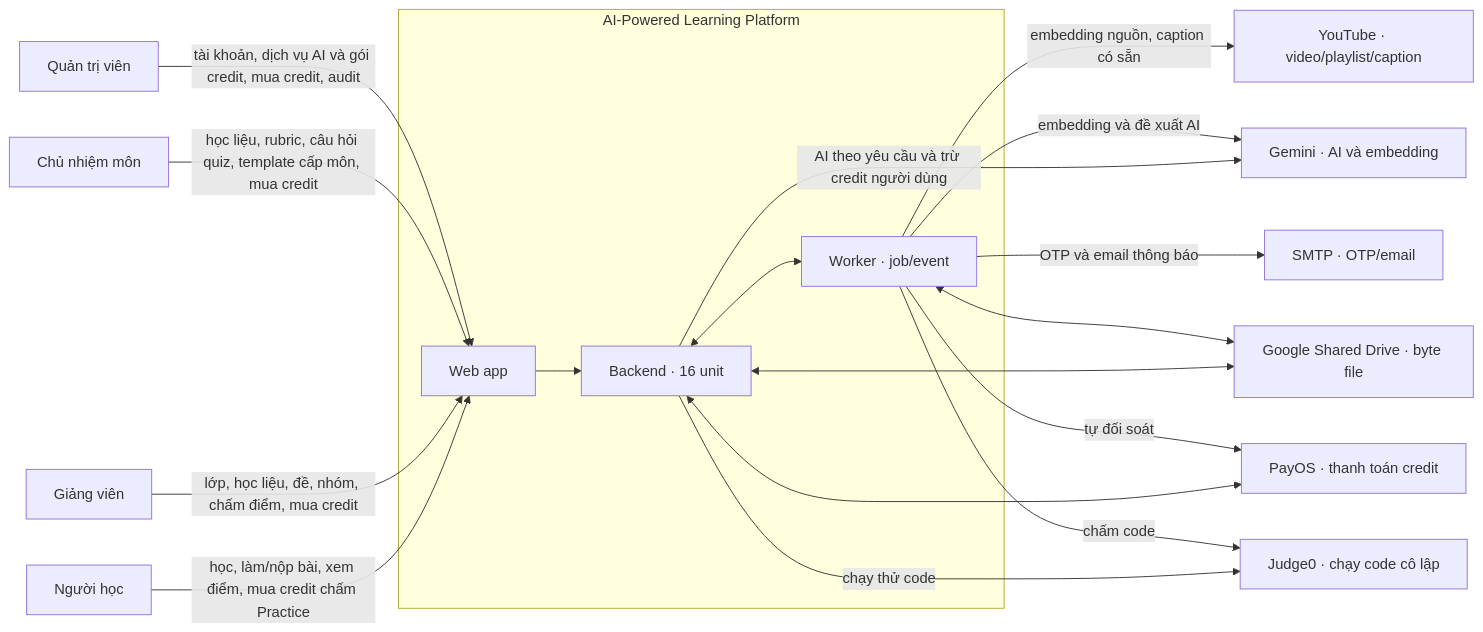
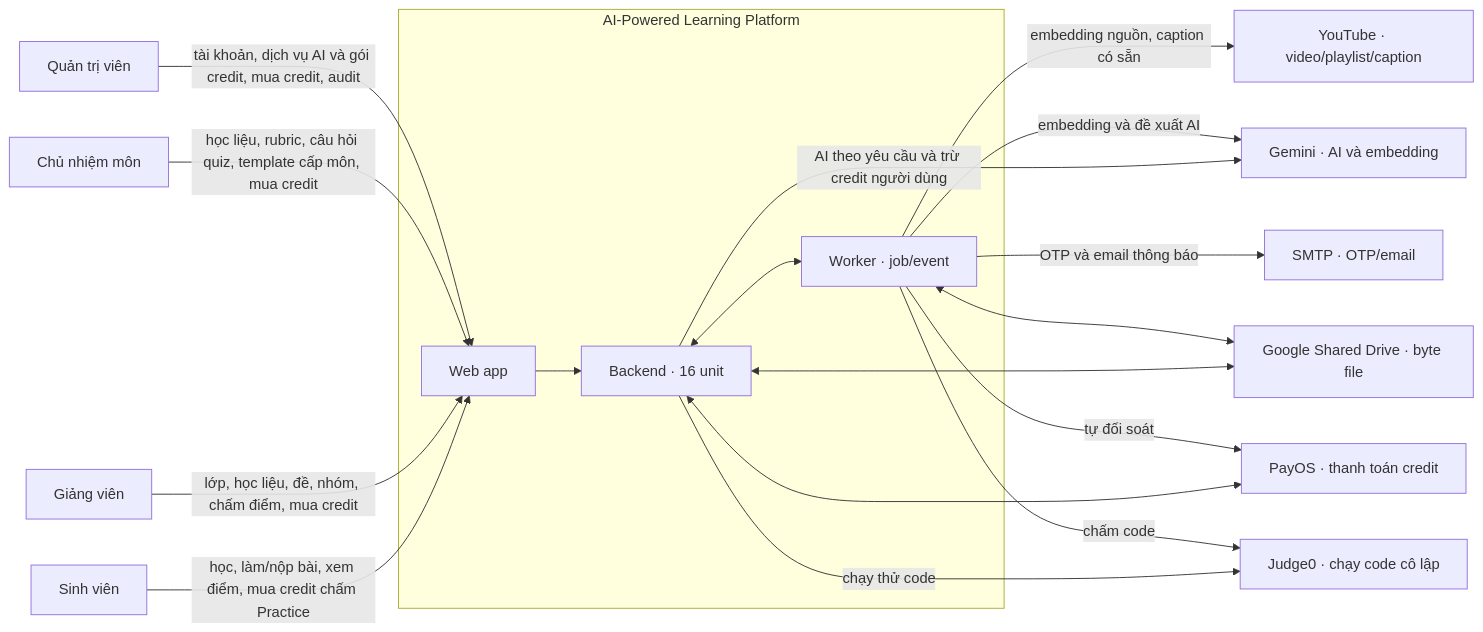
The diagram in docs/context-diagram.md (hygef-v4/AI-Powered-Learning-Platform), drawn with Mermaid before and after one commit. The commit also changed other lines of this file and 34 other files, not shown here.

````diff
--- a/docs/context-diagram.md
+++ b/docs/context-diagram.md
@@ -5,34 +5,34 @@
 ```mermaid
 flowchart LR
-    learner["Người học"]
+    learner["Sinh viên"]
     teacher["Giảng viên"]
     manager["Chủ nhiệm môn"]
     admin["Quản trị viên"]
     subgraph platform["AI-Powered Learning Platform"]
         web["Web app"]
         backend["Backend · 16 unit"]
         worker["Worker · job/event"]
         web --> backend
         backend <--> worker
     end
     ai["Gemini · AI và embedding"]
     youtube["YouTube · video/playlist/caption"]
     drive["Google Shared Drive · byte file"]
     payos["PayOS · thanh toán credit"]
     smtp["SMTP · OTP/email"]
     judge["Judge0 · chạy code cô lập"]
     learner -->|"học, làm/nộp bài, xem điểm, mua credit chấm Practice"| web
     teacher -->|"lớp, học liệu, đề, nhóm, chấm điểm, mua credit"| web
     manager -->|"học liệu, rubric, câu hỏi quiz, template cấp môn, mua credit"| web
     admin -->|"tài khoản, dịch vụ AI và gói credit, mua credit, audit"| web
     backend -->|"AI theo yêu cầu và trừ credit người dùng"| ai
     worker -->|"embedding nguồn, caption có sẵn"| youtube
     worker -->|"embedding và đề xuất AI"| ai
     backend <--> drive
     worker <--> drive
     backend <--> payos
     worker -->|"tự đối soát"| payos
     worker -->|"OTP và email thông báo"| smtp
     backend -->|"chạy thử code"| judge
     worker -->|"chấm code"| judge
 ```
````
